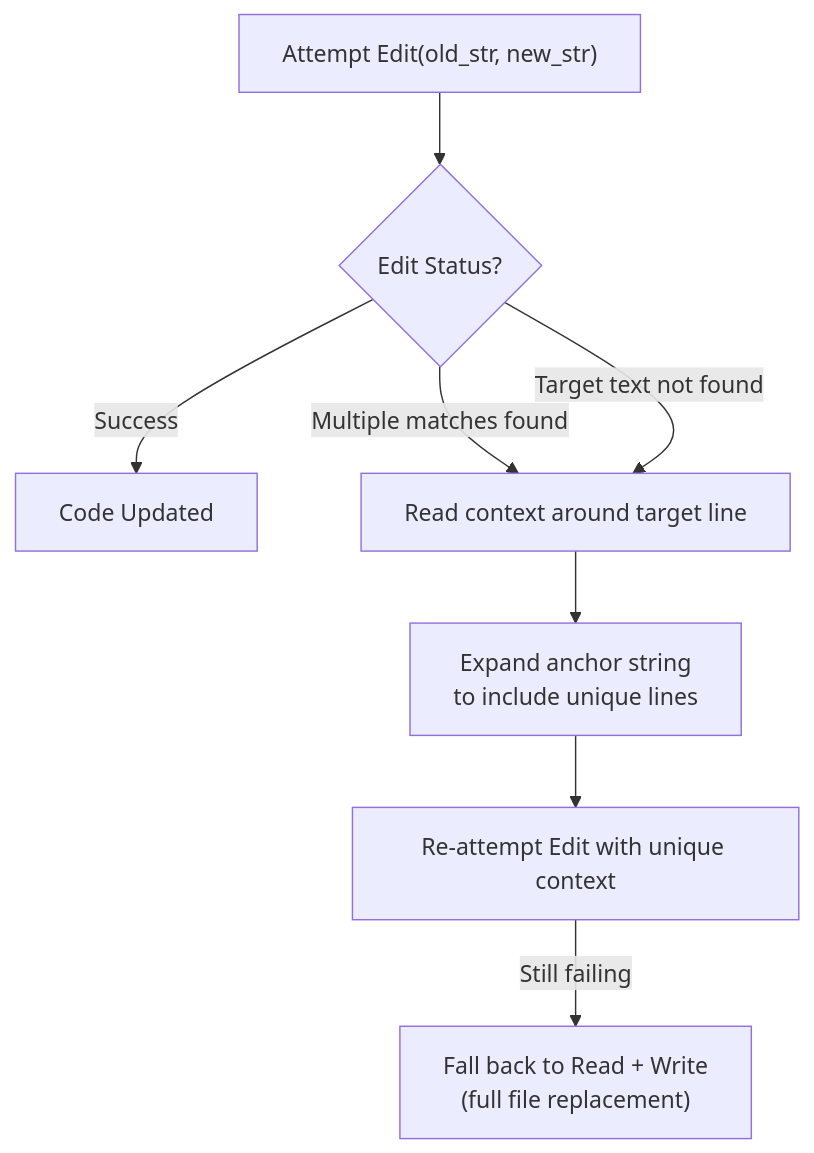
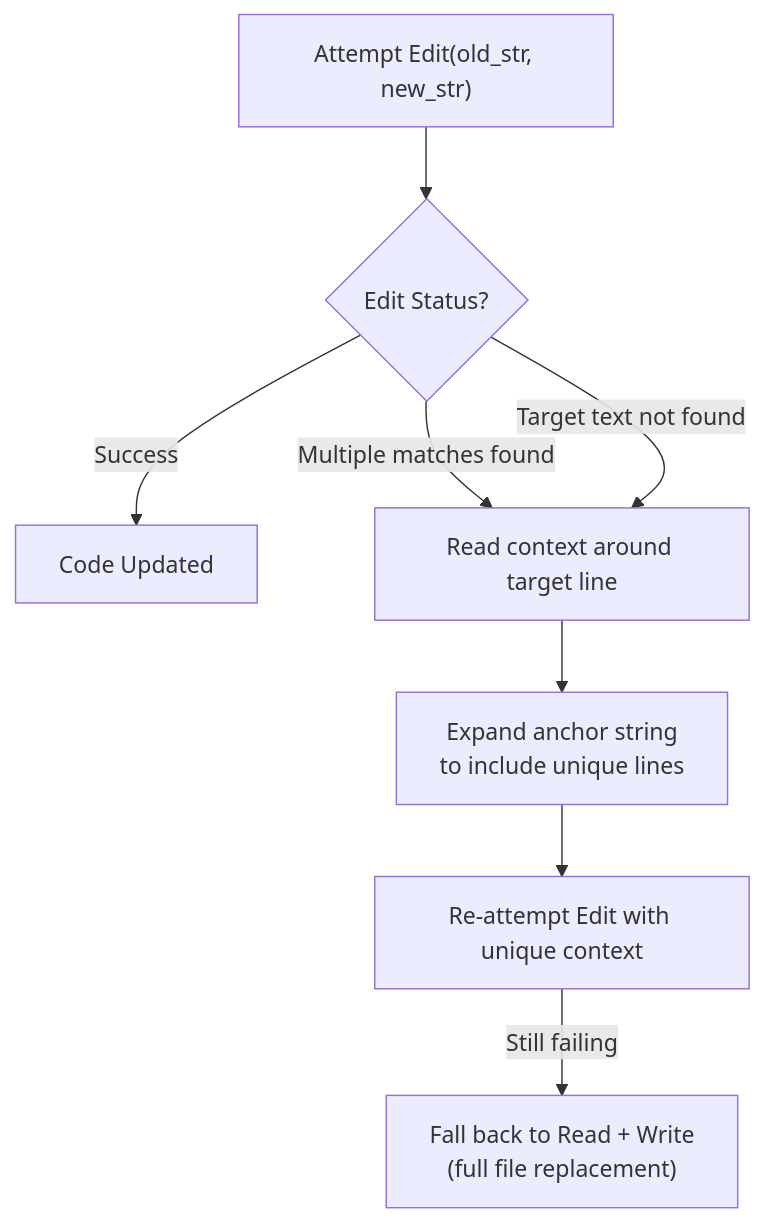
One commit to dip4k/claude_cert_architect_foundation_prep changed the diagram in domain2/ts_2_5_builtin_tools_usage/README.md. Above: the diagram before and after it, drawn with Mermaid. The commit also changed other lines of this file and 50 other files, not shown here.

Commit message:
docs(domain): complete 30 task statement study guides and enforce October 2026 Mermaid standards

````diff
--- a/domain2/ts_2_5_builtin_tools_usage/README.md
+++ b/domain2/ts_2_5_builtin_tools_usage/README.md
@@ -24,11 +24,10 @@
 ```mermaid
-%%{init: {"flowchart": {"htmlLabels": true, "wrappingWidth": 250}}}%%
 flowchart TD
-    A["Attempt Edit(old_str, new_str)"] --> B{Edit Status?}
-    B -- Success --> C["Code Updated"]
-    B -- "Multiple matches found" --> D["Read context around target line"]
-    B -- "Target text not found" --> D
-    D --> E["Expand anchor string<br/>to include unique lines"]
+    A["Attempt Edit(old_str, new_str)"] --> B{"Edit Status?"}
+    B -->|"Success"| C["Code Updated"]
+    B -->|"Multiple matches found"| D["Read context around target line"]
+    B -->|"Target text not found"| D
+    D --> E["Expand anchor string<br>to include unique lines"]
     E --> F["Re-attempt Edit with unique context"]
-    F -- Still failing --> G["Fall back to Read + Write<br/>(full file replacement)"]
+    F -->|"Still failing"| G["Fall back to Read + Write<br>(full file replacement)"]
 ```
````
